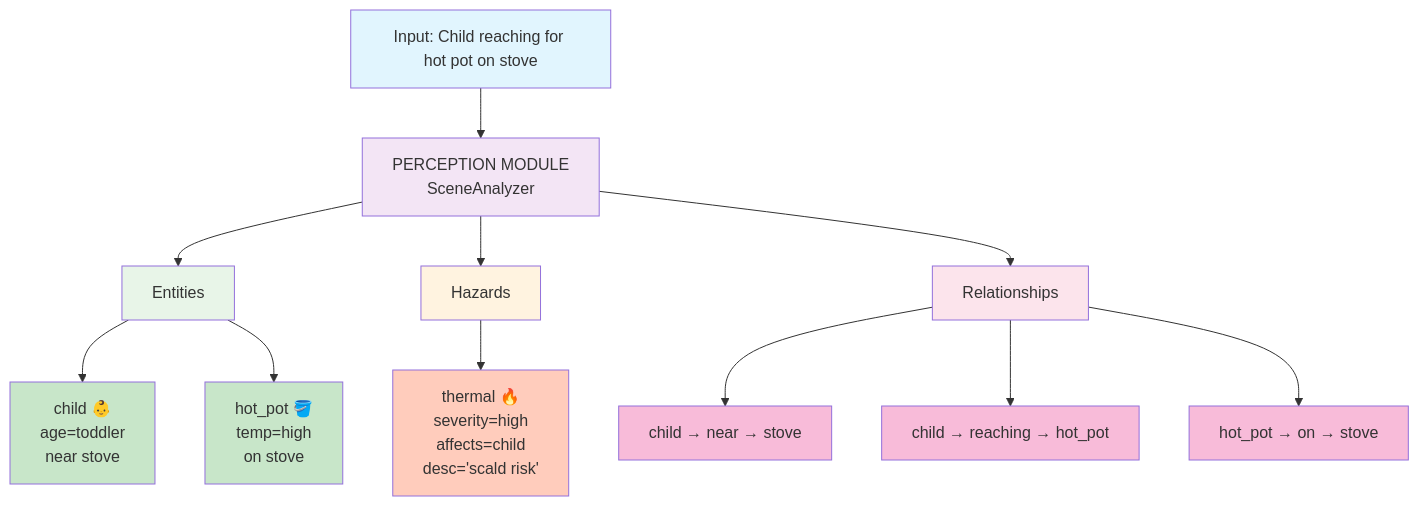
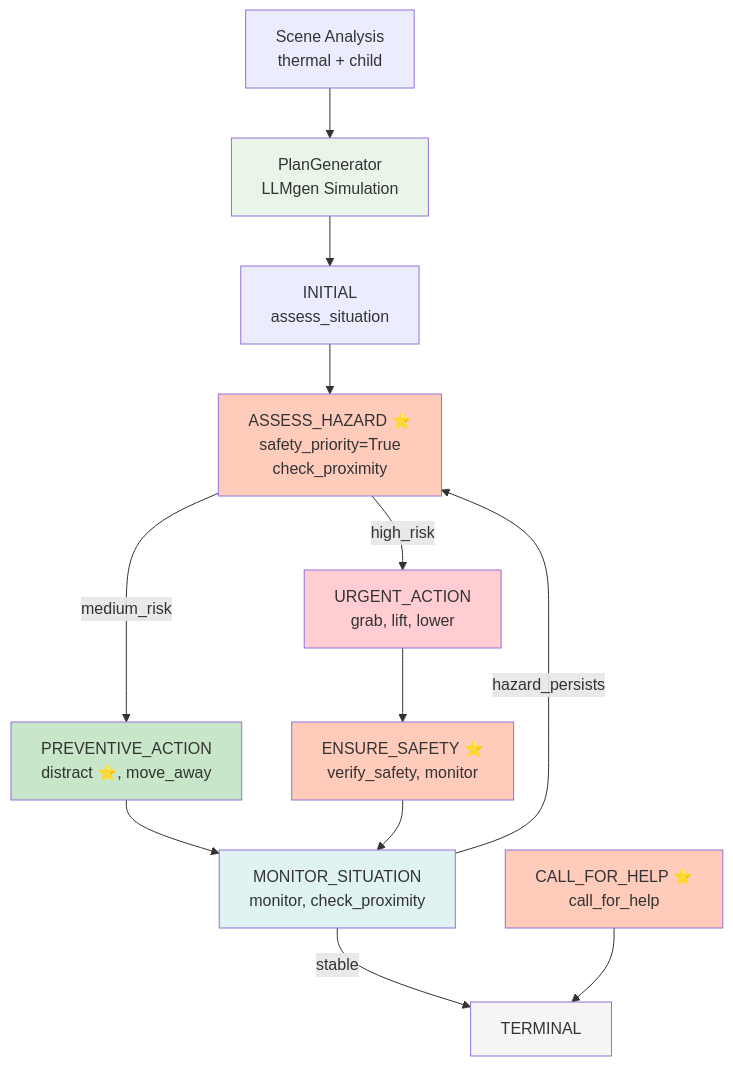
The diagram in flowchart.md (SivaaB/File_Leak_Detection), drawn with Mermaid before and after one commit.

````diff
--- a/flowchart.md
+++ b/flowchart.md
@@ -1,29 +1,32 @@
 ```mermaid
 graph TD
-    A["Input: Child reaching for hot pot on stove"] --> B["PERCEPTION MODULE<br/>SceneAnalyzer"]
+    A["Scene Analysis<br/>thermal + child"] --> B["PlanGenerator<br/>LLMgen Simulation"]
     
-    B --> C["Entities"]
-    B --> D["Hazards"]
-    B --> E["Relationships"]
+    B --> C["INITIAL<br/>assess_situation"]
+    C --> D["ASSESS_HAZARD ⭐<br/>safety_priority=True<br/>check_proximity"]
     
-    C --> C1["child 👶<br/>age=toddler<br/>near stove"]
-    C --> C2["hot_pot 🪣<br/>temp=high<br/>on stove"]
+    D -->|high_risk| E["URGENT_ACTION<br/>grab, lift, lower"]
+    D -->|medium_risk| F["PREVENTIVE_ACTION<br/>distract ⭐, move_away"]
     
-    D --> D1["thermal 🔥<br/>severity=high<br/>affects=child<br/>desc='scald risk'"]
+    E --> G["ENSURE_SAFETY ⭐<br/>verify_safety, monitor"]
+    F --> H["MONITOR_SITUATION<br/>monitor, check_proximity"]
     
-    E --> E1["child → near → stove"]
-    E --> E2["child → reaching → hot_pot"]
-    E --> E3["hot_pot → on → stove"]
+    G --> H
+    H -->|hazard_persists| D
+    H -->|stable| I["TERMINAL"]
     
-    style A fill:#e1f5fe
-    style B fill:#f3e5f5
-    style C fill:#e8f5e8
-    style D fill:#fff3e0
-    style E fill:#fce4ec
-    style C1 fill:#c8e6c9
-    style C2 fill:#c8e6c9
-    style D1 fill:#ffccbc
-    style E1 fill:#f8bbd9
-    style E2 fill:#f8bbd9
-    style E3 fill:#f8bbd9
+    J["CALL_FOR_HELP ⭐<br/>call_for_help"] --> I
+    
+    style B fill:#e8f5e8
+    style D fill:#ffccbc
+    style E fill:#ffcdd2
+    style F fill:#c8e6c9
+    style G fill:#ffccbc
+    style H fill:#e0f2f1
+    style I fill:#f5f5f5
+    style J fill:#ffccbc
+    
+    classDef safety fill:#ffccbc
+    classDef cognitive fill:#c8e6c9
+    classDef urgent fill:#ffcdd2
  ```
````
